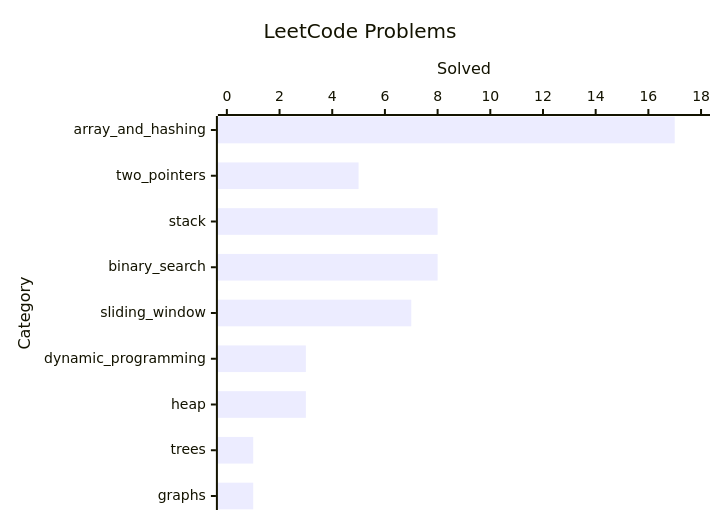
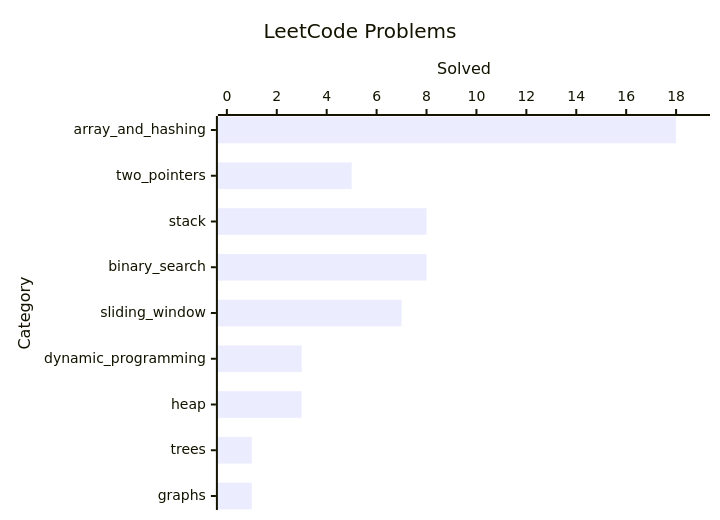
Before and after one commit to kevinknights29/Leetcode_Gym: the diagram in README.md, drawn with Mermaid. The commit also changed other lines of this file, not shown here.

Commit message:
docs: added entry to array and hashing section

````diff
--- a/README.md
+++ b/README.md
@@ -7,7 +7,7 @@
 ```mermaid
 xychart-beta horizontal
     title "LeetCode Problems"
     x-axis "Category" [array_and_hashing, two_pointers, stack, binary_search, sliding_window, dynamic_programming, heap, trees, graphs]
-    y-axis "Solved" 0 --> 18
-    bar [17, 5, 8, 8, 7, 3, 3, 1, 1]
+    y-axis "Solved" 0 --> 19
+    bar [18, 5, 8, 8, 7, 3, 3, 1, 1]
 ```
````
